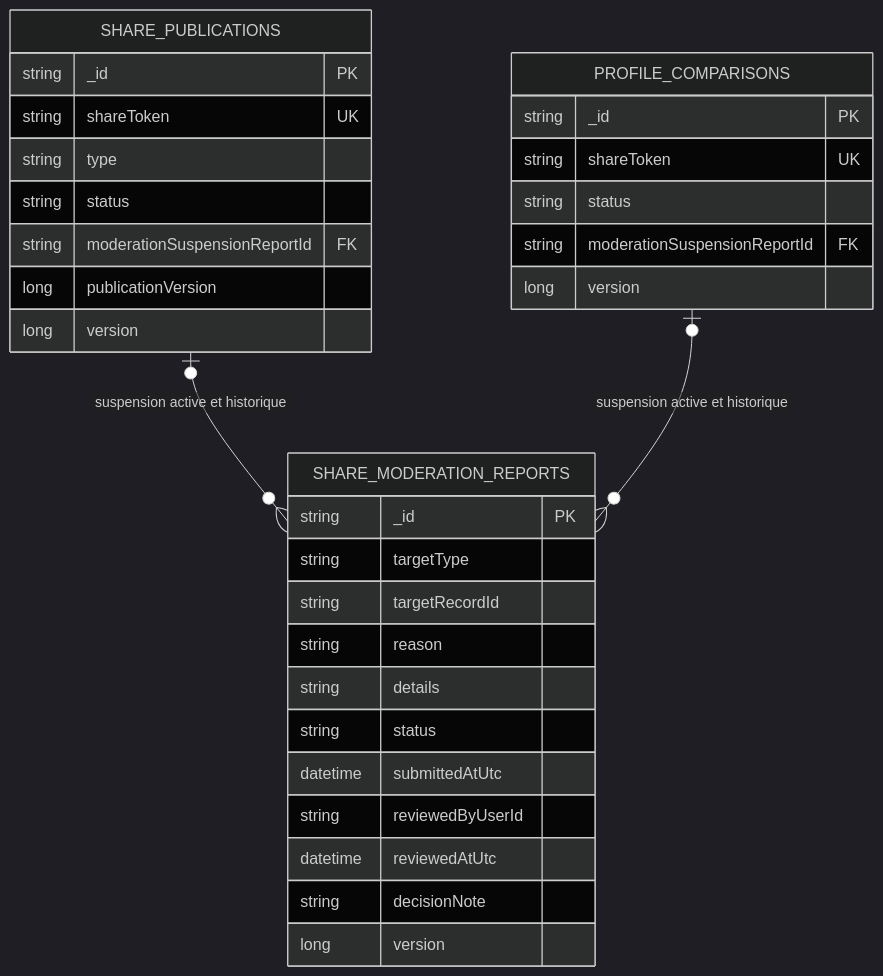
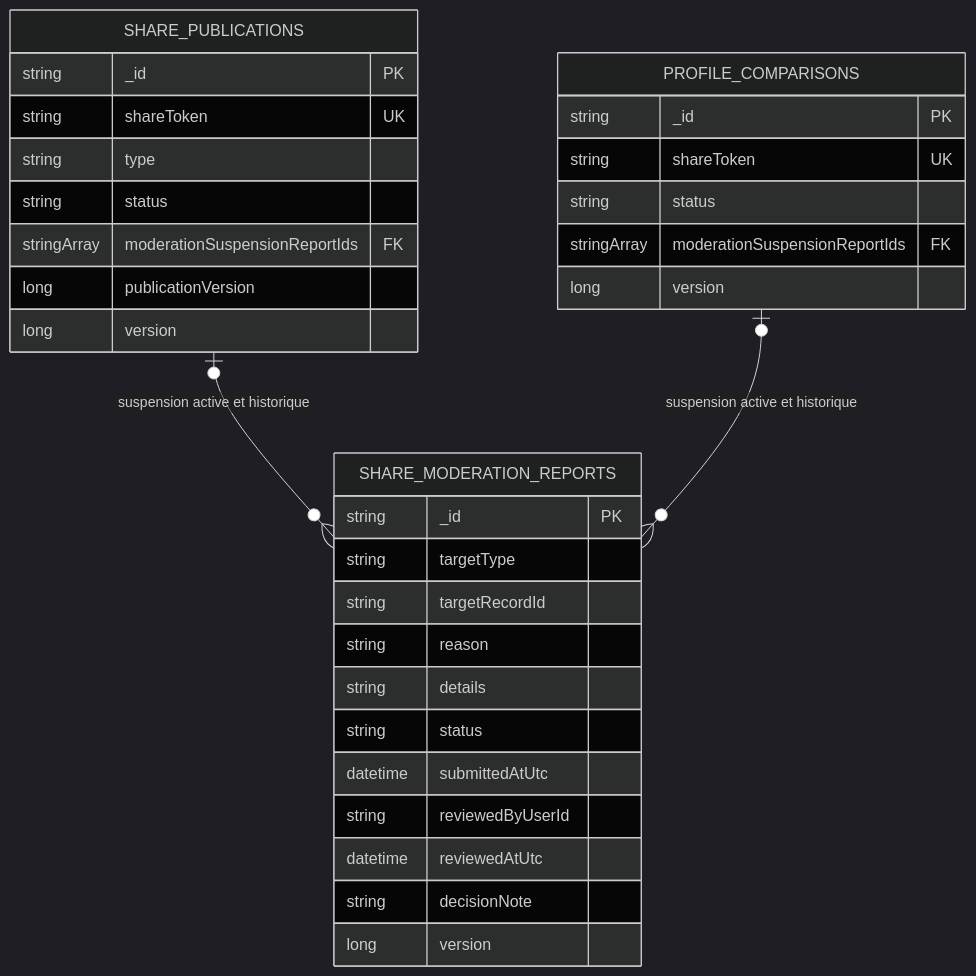
The fourth of 4 diagrams in docs/architecture/product-growth-share-13-public-share-moderation-2026-09-13.md (Ced59/AmusementParkProject), drawn with Mermaid (dark theme) before and after one commit. The commit also changed other lines of this file and 22 other files, not shown here.

````diff
--- a/docs/architecture/product-growth-share-13-public-share-moderation-2026-09-13.md
+++ b/docs/architecture/product-growth-share-13-public-share-moderation-2026-09-13.md
@@ -180,34 +182,34 @@
 ```mermaid
 erDiagram
   SHARE_PUBLICATIONS {
     string _id PK
     string shareToken UK
     string type
     string status
-    string moderationSuspensionReportId FK
+    stringArray moderationSuspensionReportIds FK
     long publicationVersion
     long version
   }
   PROFILE_COMPARISONS {
     string _id PK
     string shareToken UK
     string status
-    string moderationSuspensionReportId FK
+    stringArray moderationSuspensionReportIds FK
     long version
   }
   SHARE_MODERATION_REPORTS {
     string _id PK
     string targetType
     string targetRecordId
     string reason
     string details
     string status
     datetime submittedAtUtc
     string reviewedByUserId
     datetime reviewedAtUtc
     string decisionNote
     long version
   }
   SHARE_PUBLICATIONS o|--o{ SHARE_MODERATION_REPORTS : "suspension active et historique"
   PROFILE_COMPARISONS o|--o{ SHARE_MODERATION_REPORTS : "suspension active et historique"
 ```
````
